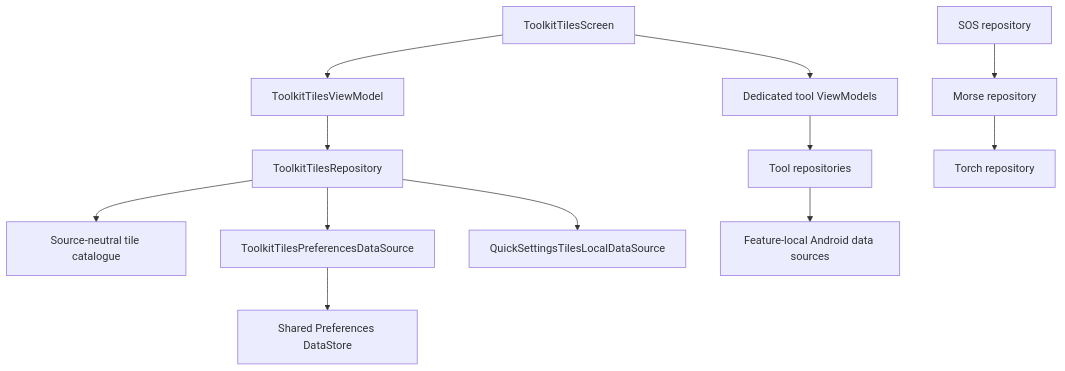
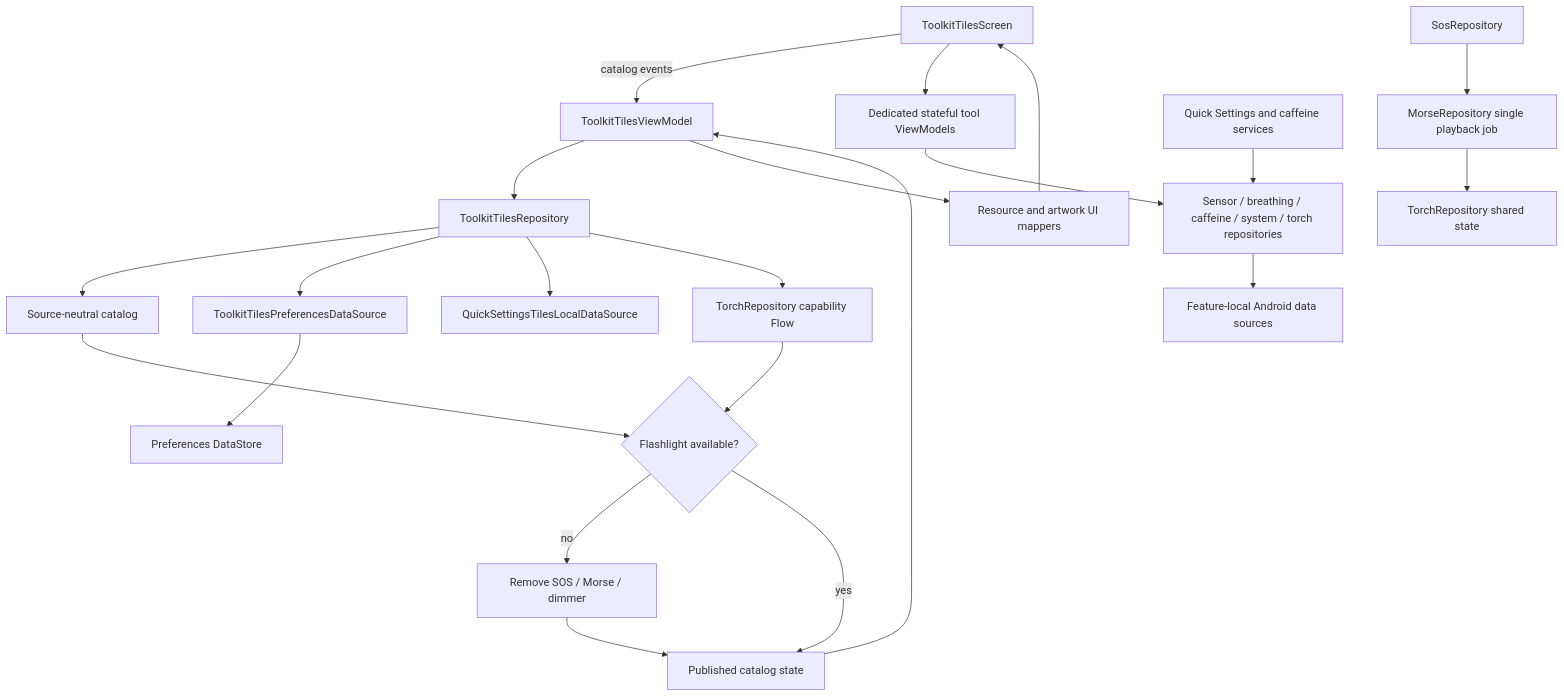
The diagram in sample/feature/tiles/README.md (MihaiCristianCondrea/App-Toolkit-for-Android), drawn with Mermaid before and after one commit. The commit also changed other lines of this file and 57 other files, not shown here.

````diff
--- a/sample/feature/tiles/README.md
+++ b/sample/feature/tiles/README.md
@@ -40,14 +40,24 @@
 ```mermaid
 flowchart TD
-    Screen[ToolkitTilesScreen] --> VM[ToolkitTilesViewModel]
+    Screen[ToolkitTilesScreen] -->|catalog events| VM[ToolkitTilesViewModel]
     VM --> Tiles[ToolkitTilesRepository]
-    Tiles --> Catalogue[Source-neutral tile catalogue]
+    Tiles --> Catalogue[Source-neutral catalog]
     Tiles --> Preferences[ToolkitTilesPreferencesDataSource]
-    Preferences --> Store[Shared Preferences DataStore]
+    Preferences --> Store[Preferences DataStore]
     Tiles --> QS[QuickSettingsTilesLocalDataSource]
-    ToolVMs[Dedicated tool ViewModels] --> Repositories[Tool repositories]
-    Repositories --> Platform[Feature-local Android data sources]
-    Screen --> ToolVMs
-    Sos[SOS repository] --> Morse[Morse repository]
-    Morse --> Torch[Torch repository]
+    Tiles --> TorchCapability[TorchRepository capability Flow]
+    TorchCapability --> Filter{Flashlight available?}
+    Catalogue --> Filter
+    Filter -->|no| Remove[Remove SOS / Morse / dimmer]
+    Filter -->|yes| Published[Published catalog state]
+    Remove --> Published
+    Published --> VM
+    VM --> UiMap[Resource and artwork UI mappers]
+    UiMap --> Screen
+    Screen --> ToolVMs[Dedicated stateful tool ViewModels]
+    ToolVMs --> Repositories[Sensor / breathing / caffeine / system / torch repositories]
+    Repositories --> Sources[Feature-local Android data sources]
+    Sos[SosRepository] --> Morse[MorseRepository single playback job]
+    Morse --> Torch[TorchRepository shared state]
+    Services[Quick Settings and caffeine services] --> Repositories
 ```
````
